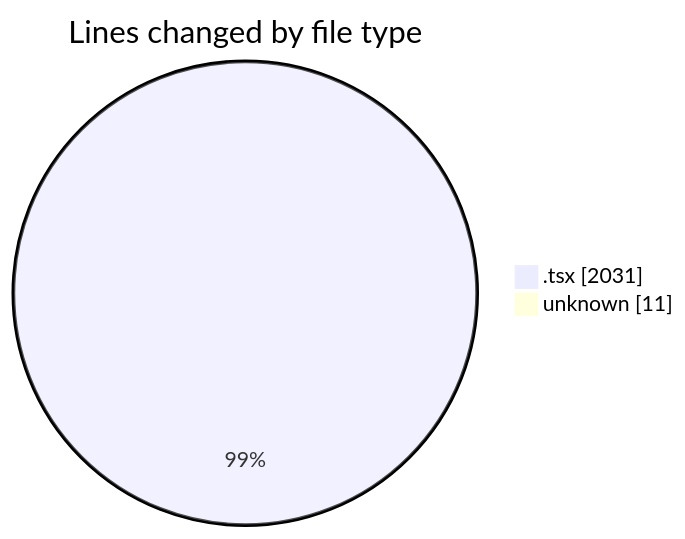
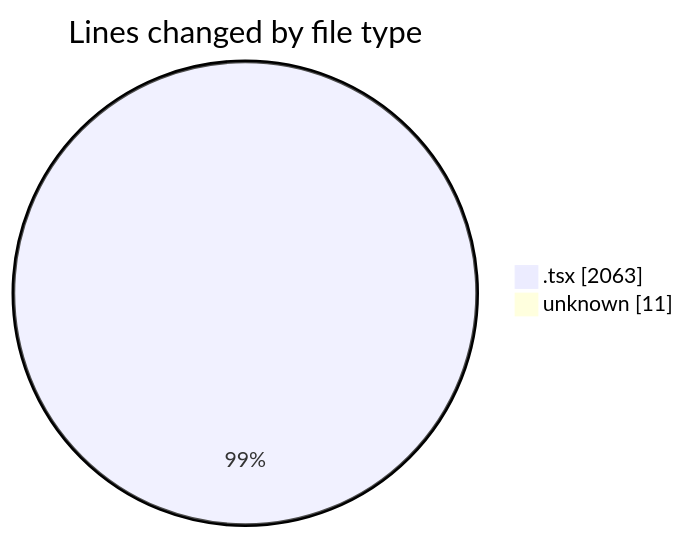
Before and after one commit to JenPaints/code-tracking: the first of 2 diagrams in 2025-05-28/kimberly-groups/README.md, drawn with Mermaid. The commit also changed other lines of this file and 1 other file, not shown here.

````diff
--- a/2025-05-28/kimberly-groups/README.md
+++ b/2025-05-28/kimberly-groups/README.md
@@ -29,6 +30,6 @@
 ```mermaid
 pie showData
 title Lines changed by file type
-".tsx" : 2031
+".tsx" : 2063
 "unknown" : 11
 ```
````
